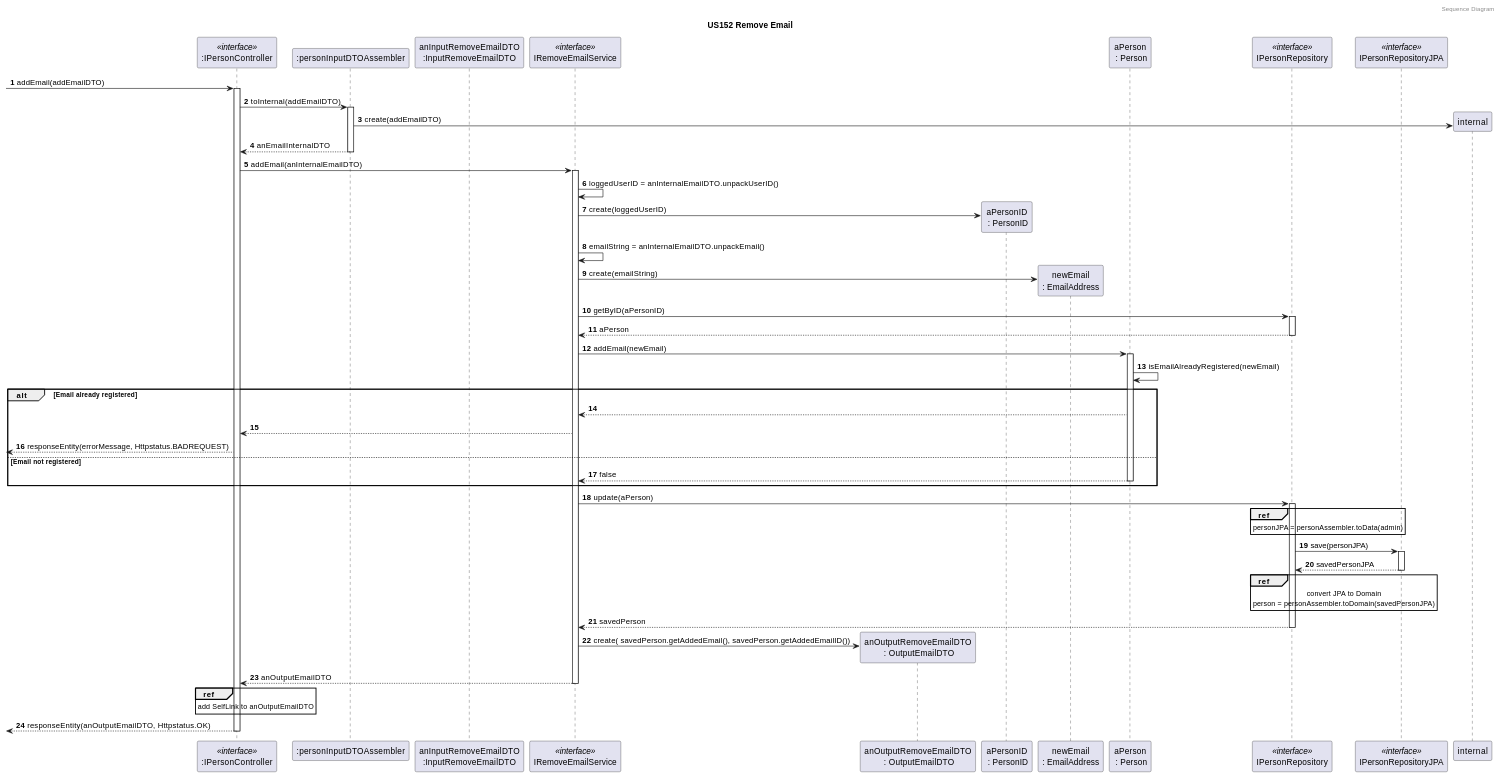
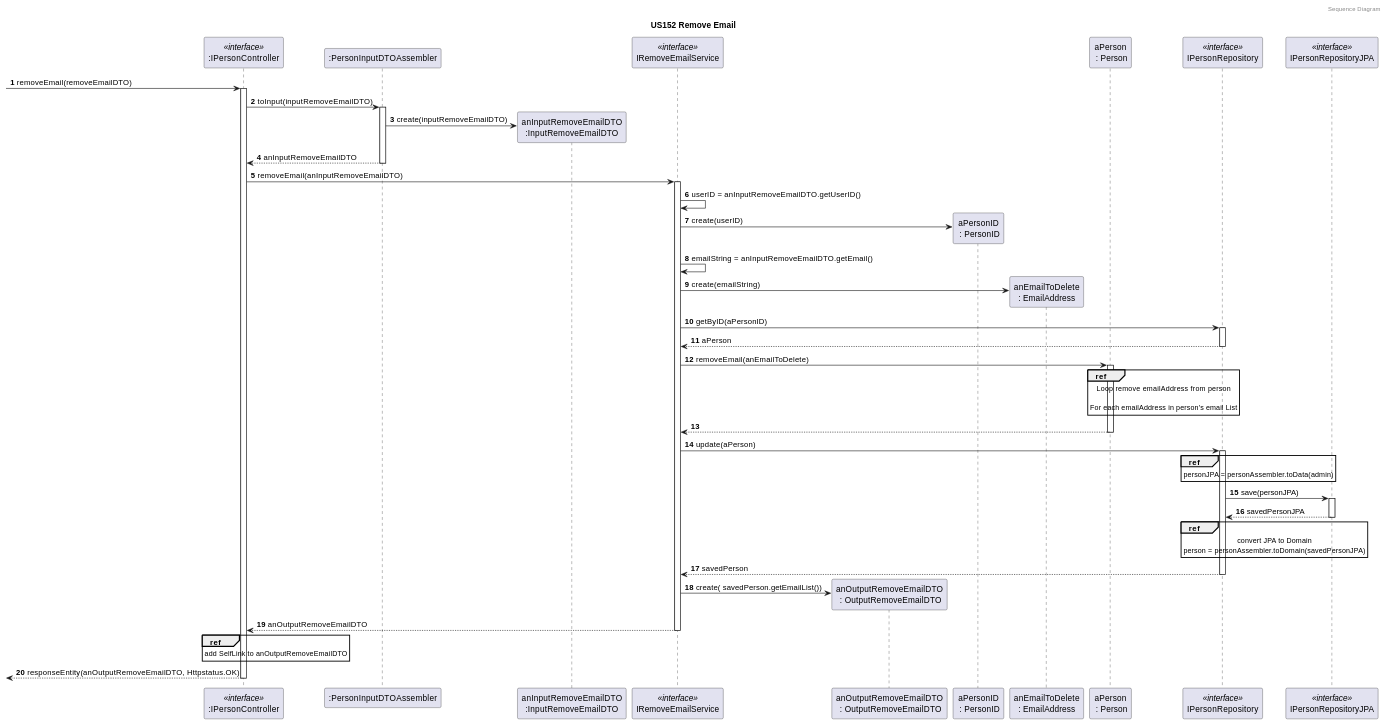
One commit to tomas-osswald/switch_2020_g3 changed the fourth of 5 diagrams in docs/sprint7/user_stories/US152_RemoveEmail.md. Above: the diagram before and after it, drawn with PlantUML. The commit also changed other lines of this file, not shown here.

Commit message:
Completed SD 152

```diff
--- a/docs/sprint7/user_stories/US152_RemoveEmail.md
+++ b/docs/sprint7/user_stories/US152_RemoveEmail.md
@@ -200,34 +200,34 @@
 title US152 Remove Email
 
 participant ":IPersonController" as controller <<interface>>
-participant ":personInputDTOAssembler" as assembler
+participant ":PersonInputDTOAssembler" as assembler
 participant "anInputRemoveEmailDTO\n:InputRemoveEmailDTO" as input
 
 participant "IRemoveEmailService" as service <<interface>>
 
-participant "anOutputRemoveEmailDTO\n : OutputEmailDTO" as output
+participant "anOutputRemoveEmailDTO\n : OutputRemoveEmailDTO" as output
 
 participant "aPersonID\n : PersonID" as personid
-participant "newEmail\n: EmailAddress" as email
+participant "anEmailToDelete\n: EmailAddress" as email
 participant "aPerson\n : Person" as person
 participant "IPersonRepository" as personRepository <<interface>>
 participant "IPersonRepositoryJPA" as repoJPA <<interface>>
 
--> controller : addEmail(addEmailDTO)
+-> controller : removeEmail(removeEmailDTO)
 activate controller
-controller -> assembler : toInternal(addEmailDTO)
+controller -> assembler : toInput(inputRemoveEmailDTO)
 activate assembler
-assembler -> internal** : create(addEmailDTO)  
-assembler --> controller : anEmailInternalDTO
+assembler -> input**: create(inputRemoveEmailDTO)
+assembler --> controller : anInputRemoveEmailDTO
 deactivate assembler
 
-controller -> service : addEmail(anInternalEmailDTO)
+controller -> service : removeEmail(anInputRemoveEmailDTO)
 activate service
 
-service -> service : loggedUserID = anInternalEmailDTO.unpackUserID()
-service -> personid** : create(loggedUserID)
+service -> service : userID = anInputRemoveEmailDTO.getUserID()
+service -> personid** : create(userID)
 
-service -> service : emailString = anInternalEmailDTO.unpackEmail()
+service -> service : emailString = anInputRemoveEmailDTO.getEmail()
 service -> email** : create(emailString)
 
 
@@ -236,24 +236,17 @@
 activate personRepository
 return aPerson
 
-service -> person: addEmail(newEmail)
+service -> person: removeEmail(anEmailToDelete)
 activate person
-person -> person: isEmailAlreadyRegistered(newEmail)
-
-alt Email already registered
-
-person --> service
-controller <-- service
-<-- controller : responseEntity(errorMessage, Httpstatus.BADREQUEST)
 
 
+ref over person
+Loop remove emailAddress from person
 
-else Email not registered
-
-person --> service: false
+For each emailAddress in person's email List
+end
+service <-- person
 deactivate person
-
-end
 
 service -> personRepository : update(aPerson)
 activate personRepository
@@ -272,14 +265,14 @@
 personRepository --> service : savedPerson
 deactivate personRepository
 
-service -> output** : create( savedPerson.getAddedEmail(), savedPerson.getAddedEmailID())
-service --> controller : anOutputEmailDTO
+service -> output** : create( savedPerson.getEmailList())
+service --> controller : anOutputRemoveEmailDTO
 deactivate service
 
 ref over controller
-add SelfLink to anOutputEmailDTO
+add SelfLink to anOutputRemoveEmailDTO
 end
-<-- controller : responseEntity(anOutputEmailDTO, Httpstatus.OK)
+<-- controller : responseEntity(anOutputRemoveEmailDTO, Httpstatus.OK)
 
 deactivate controller
 
```
